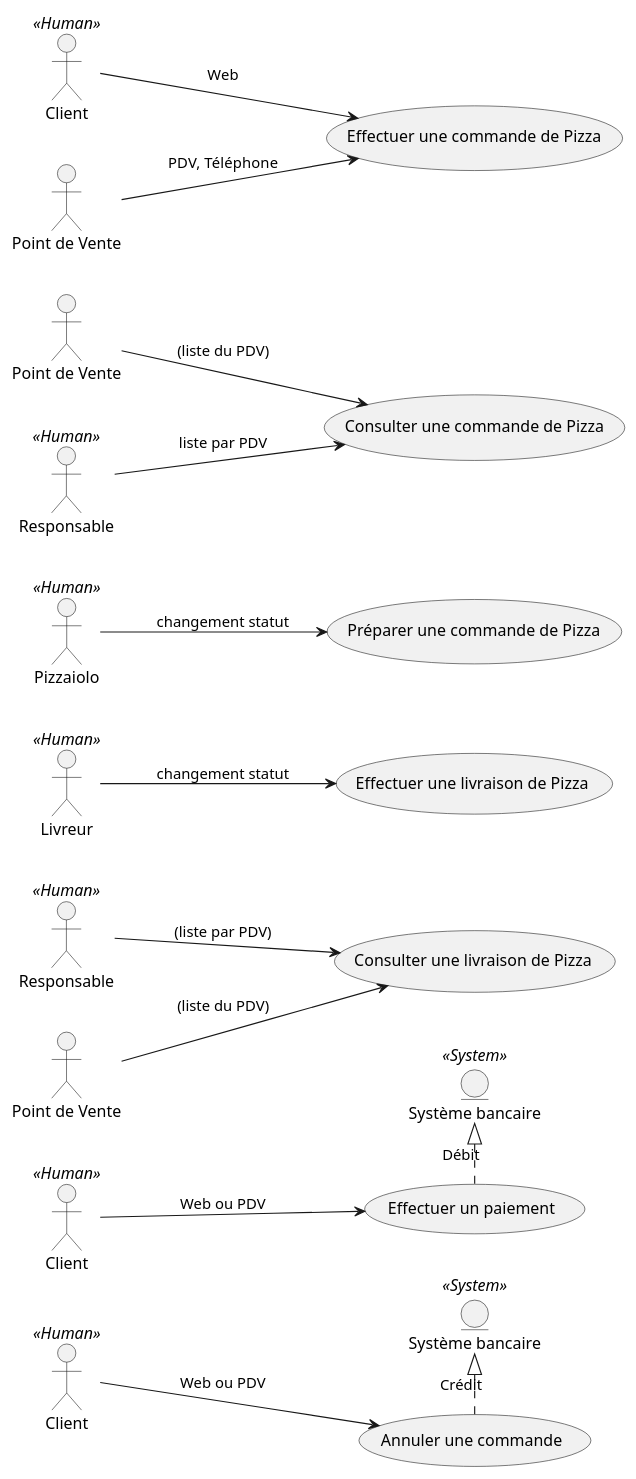
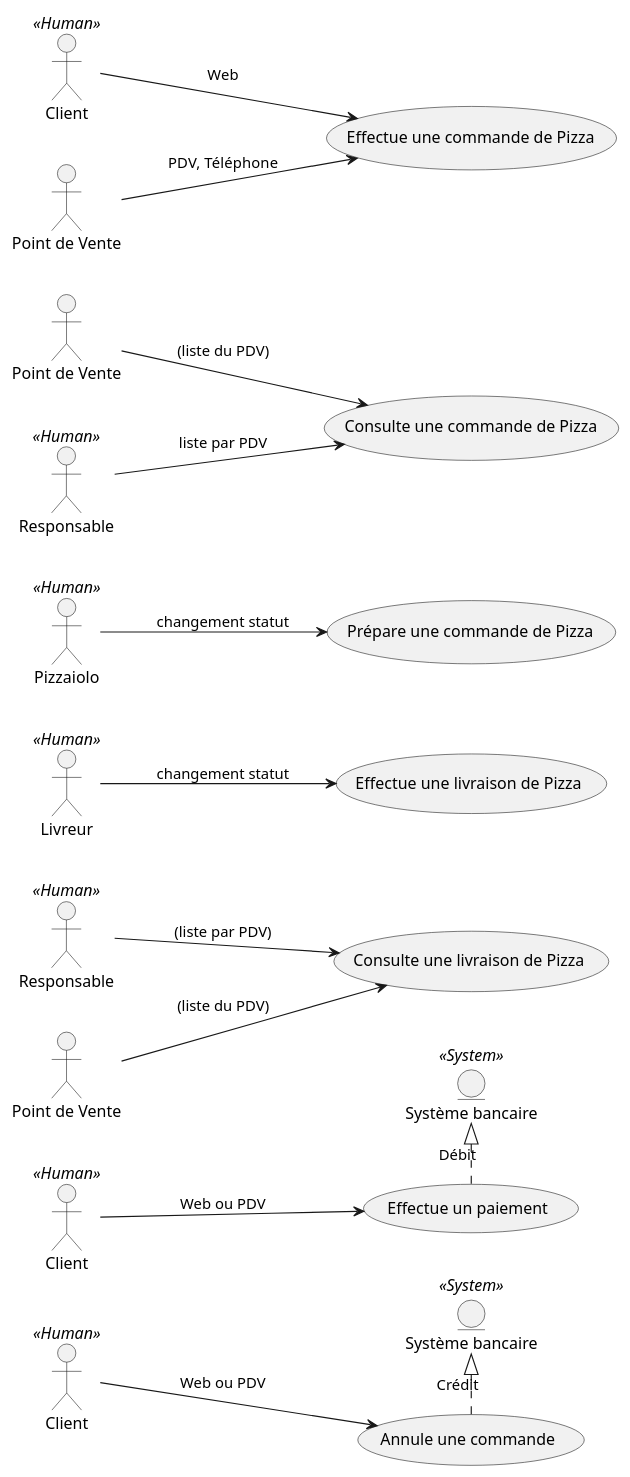
One commit to rvallet/oc-pizza changed the diagram in uml/src/use-case-diagram-order.puml. Above: the diagram before and after it, drawn with PlantUML. The commit also changed 5 other files, not shown here.

Commit message:
updated uml

```diff
--- a/uml/src/use-case-diagram-order.puml
+++ b/uml/src/use-case-diagram-order.puml
@@ -1,68 +1,68 @@
 @startuml
 /' Start UML Class '/
 
 /' Flow Direction '/
 left to right direction
 
 /' Actor and Entity '/
 actor Client << Human >> as C1
 actor Client << Human >> as C2
 actor Client << Human >> as C3
 actor Responsable << Human >> as R1
 actor Responsable << Human >> as R2
 entity "Système bancaire" << System >> as Bank1
 entity "Système bancaire" << System >> as Bank2
 actor Livreur << Human >>
 actor Pizzaiolo << Human >>
 actor "Point de Vente" as PDV1
 actor "Point de Vente" as PDV2
 actor "Point de Vente" as PDV3
 
 /' Ordering actor and entity '/
 C1 -[hidden] PDV1
 PDV1 -[hidden] PDV2
 PDV2 -[hidden] R1
 R1 -[hidden] Pizzaiolo
 Pizzaiolo -[hidden] Livreur
 Livreur -[hidden] R2
 R2 -[hidden] PDV3
 PDV3 -[hidden] C2
 C2 -[hidden] C3
 
 /' UseCase Relationship '/
 
 /' Effectuer une commande de Pizza '/
-(Effectuer une commande de Pizza) as (setOrder)
+(Effectue une commande de Pizza) as (setOrder)
 C1 --> (setOrder) : Web
 PDV1 --> (setOrder) : PDV, Téléphone
 
 /' Consulter une commande de Pizza '/
-(Consulter une commande de Pizza) as (getOrder)
+(Consulte une commande de Pizza) as (getOrder)
 PDV2 --> (getOrder) : (liste du PDV)
 R1 --> (getOrder) : liste par PDV
 
 /' Préparer une commande de Pizza '/
-(Préparer une commande de Pizza) as (setPrepare)
+(Prépare une commande de Pizza) as (setPrepare)
 Pizzaiolo --> (setPrepare) : changement statut
 
 /' Effectuer une livraison de Pizza '/
-(Effectuer une livraison de Pizza) as (setDelivery)
+(Effectue une livraison de Pizza) as (setDelivery)
 Livreur --> (setDelivery) : changement statut
 
 /' Consulter une livraison de Pizza '/
-(Consulter une livraison de Pizza) as (getDelivery)
+(Consulte une livraison de Pizza) as (getDelivery)
 R2 --> (getDelivery) : (liste par PDV)
 PDV3 --> (getDelivery) : (liste du PDV)
 
 /' Effectuer un paiement '/
-(Effectuer un paiement) as (setPayment)
+(Effectue un paiement) as (setPayment)
 C2 --> (setPayment) : Web ou PDV
 Bank1 <|. (setPayment) : Débit
 
 /' Annuler une commande '/
-(Annuler une commande) as (delOrder)
+(Annule une commande) as (delOrder)
 C3 --> (delOrder) : Web ou PDV
 Bank2 <|. (delOrder) : Crédit
 
 /' End UML Class '/
 @enduml
```
